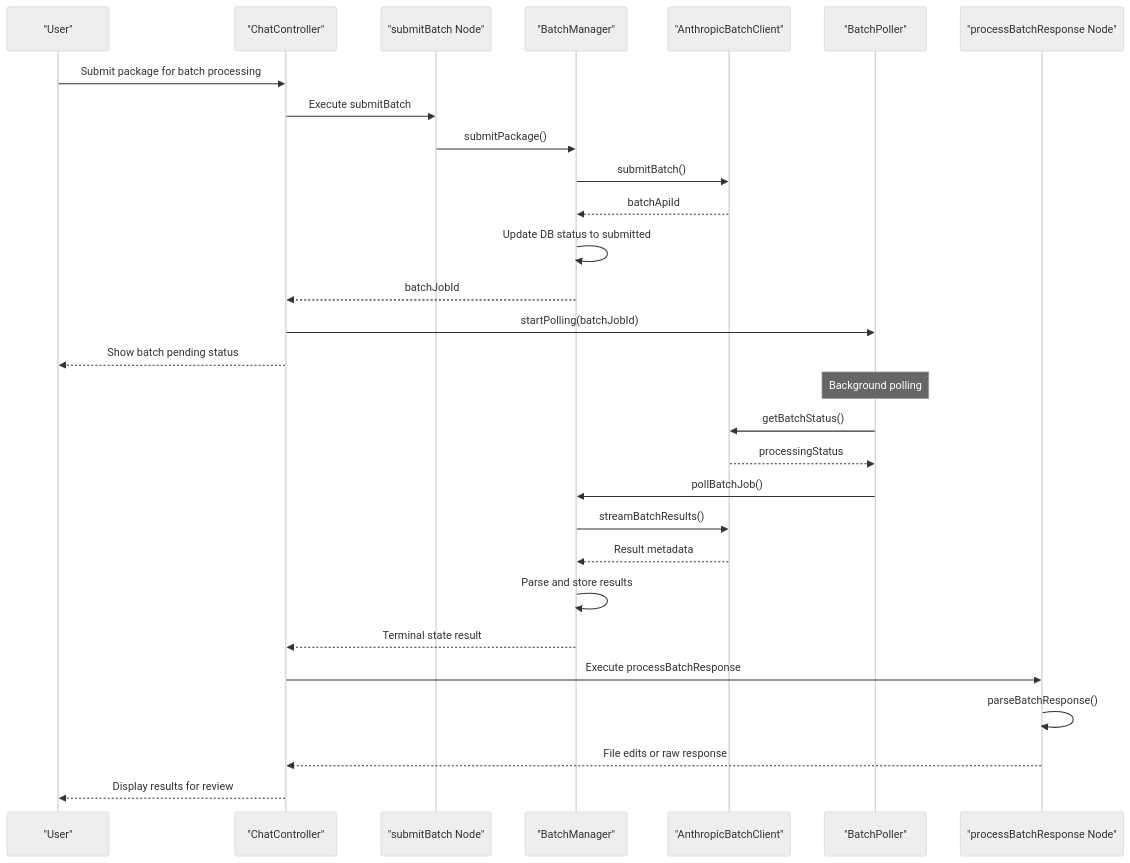
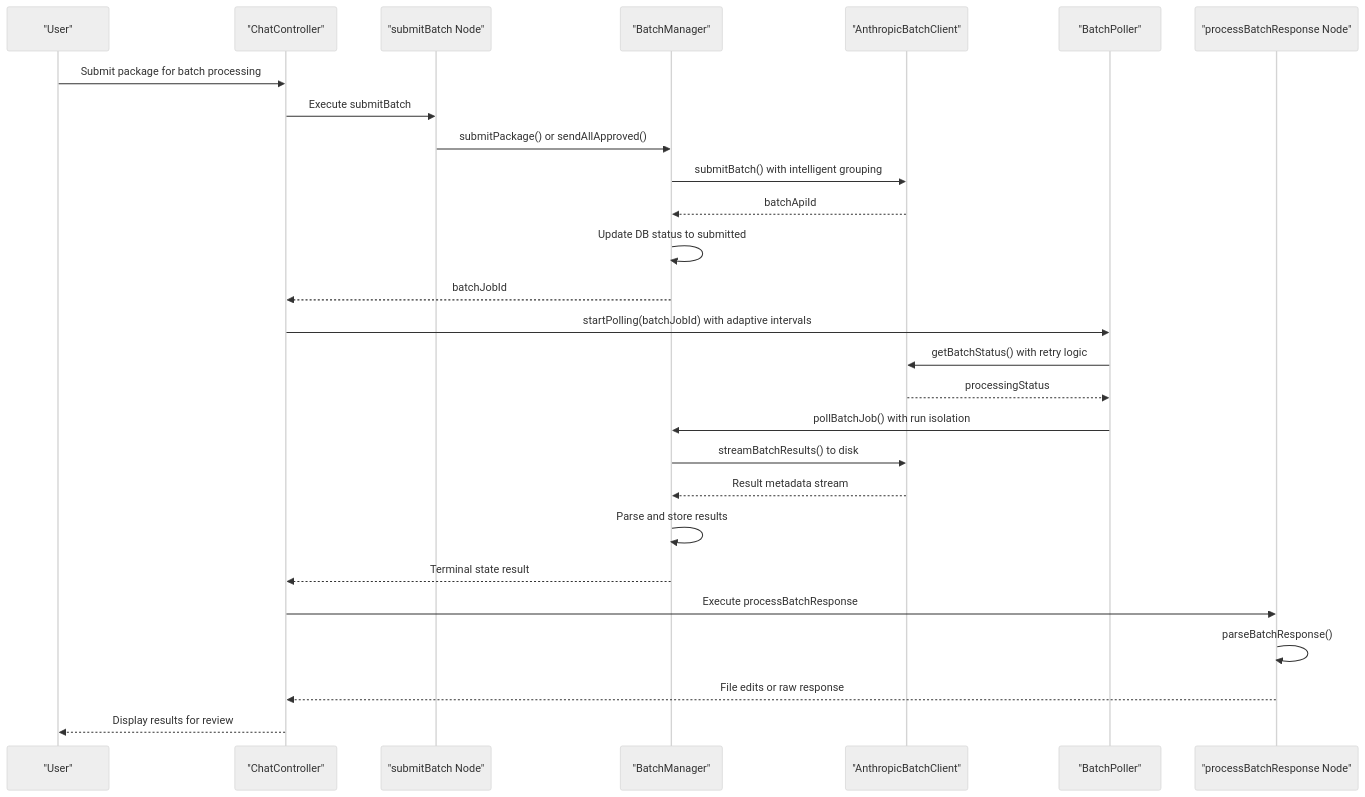
Before and after one commit to bramburn/repomix-runner: the second of 7 diagrams in .qoder/repowiki/en/content/Core Features/Batch LLM Pipeline.md, drawn with Mermaid (neutral theme). The commit also changed other lines of this file and 27 other files, not shown here.

````diff
--- a/.qoder/repowiki/en/content/Core Features/Batch LLM Pipeline.md
+++ b/.qoder/repowiki/en/content/Core Features/Batch LLM Pipeline.md
@@ -158,31 +181,29 @@
 ```mermaid
 sequenceDiagram
 participant User as "User"
 participant CC as "ChatController"
 participant SB as "submitBatch Node"
 participant BM as "BatchManager"
 participant ABC as "AnthropicBatchClient"
 participant BP as "BatchPoller"
 participant PR as "processBatchResponse Node"
 User->>CC : Submit package for batch processing
 CC->>SB : Execute submitBatch
-SB->>BM : submitPackage()
-BM->>ABC : submitBatch()
+SB->>BM : submitPackage() or sendAllApproved()
+BM->>ABC : submitBatch() with intelligent grouping
 ABC-->>BM : batchApiId
 BM->>BM : Update DB status to submitted
 BM-->>CC : batchJobId
-CC->>BP : startPolling(batchJobId)
-CC-->>User : Show batch pending status
-Note over BP : Background polling
-BP->>ABC : getBatchStatus()
+CC->>BP : startPolling(batchJobId) with adaptive intervals
+BP->>ABC : getBatchStatus() with retry logic
 ABC-->>BP : processingStatus
-BP->>BM : pollBatchJob()
-BM->>ABC : streamBatchResults()
-ABC-->>BM : Result metadata
+BP->>BM : pollBatchJob() with run isolation
+BM->>ABC : streamBatchResults() to disk
+ABC-->>BM : Result metadata stream
 BM->>BM : Parse and store results
 BM-->>CC : Terminal state result
 CC->>PR : Execute processBatchResponse
 PR->>PR : parseBatchResponse()
 PR-->>CC : File edits or raw response
 CC-->>User : Display results for review
 ```
````
